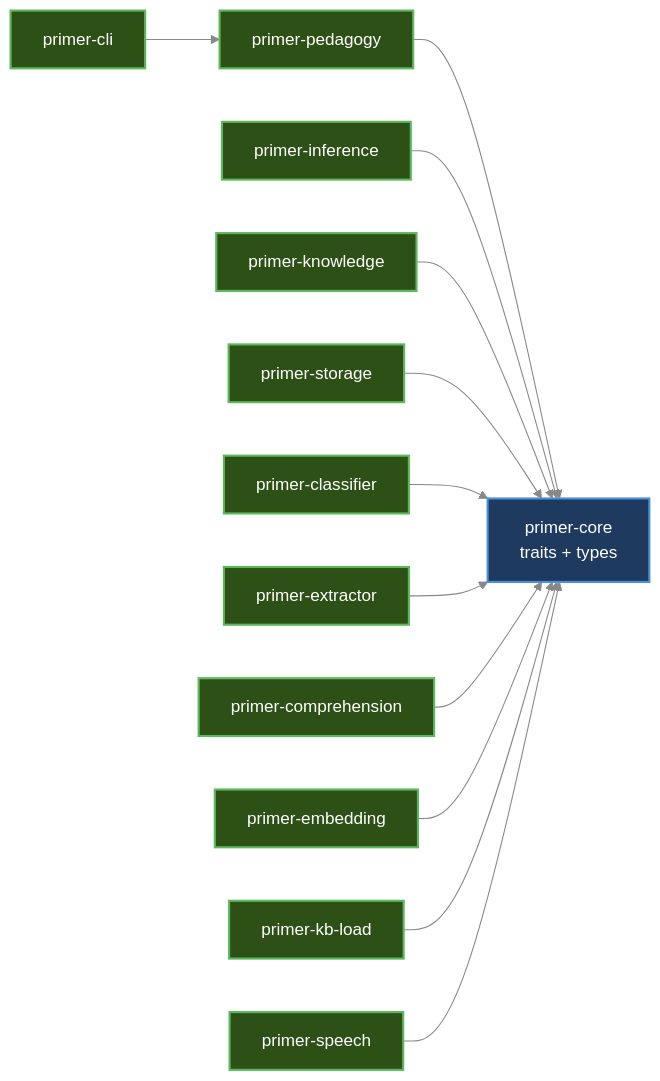
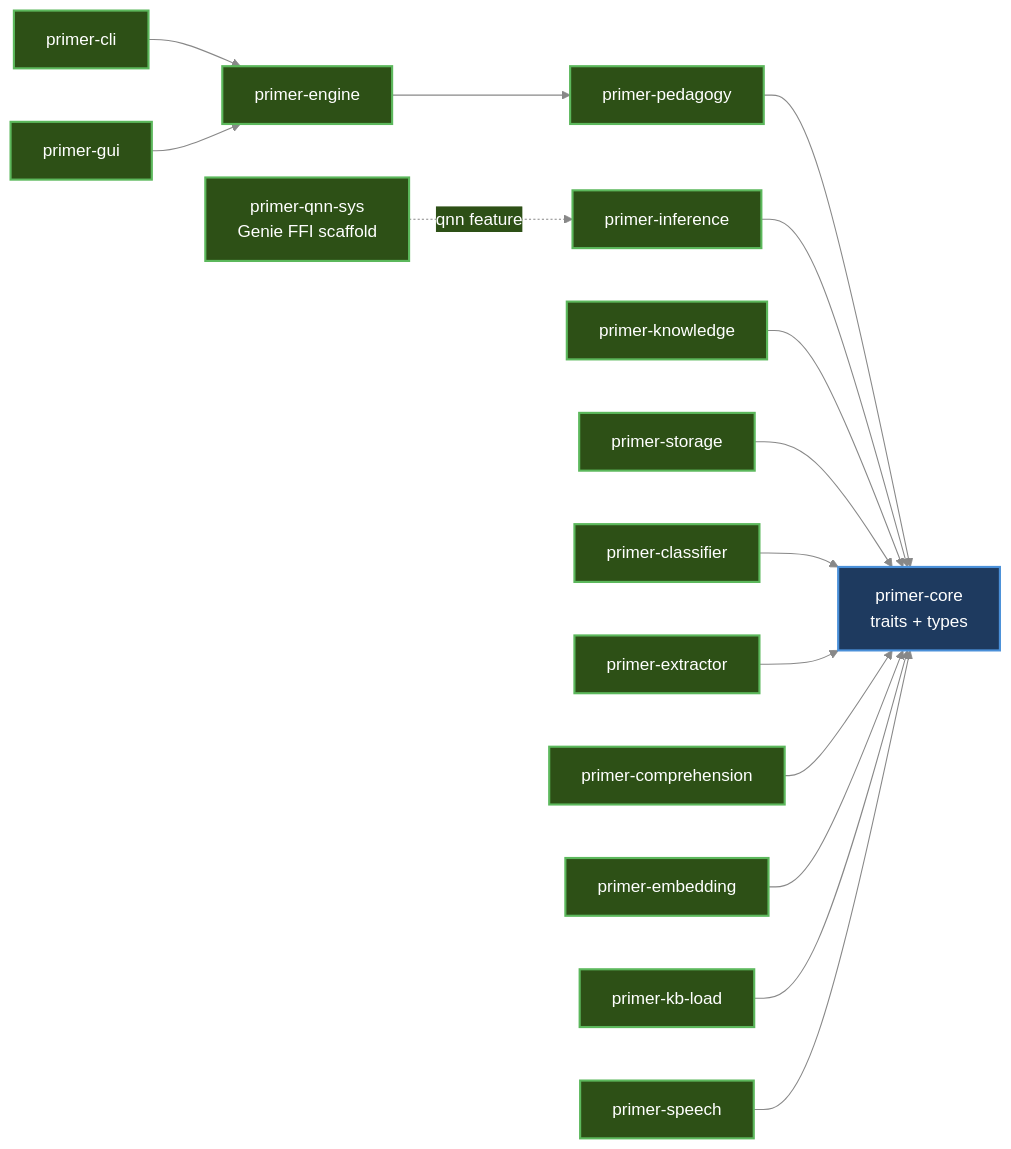
Before and after one commit to hherb/primer: the diagram in docs/devel/02-architecture-overview.md, drawn with Mermaid. The commit also changed other lines of this file and 12 other files, not shown here.

````diff
--- a/docs/devel/02-architecture-overview.md
+++ b/docs/devel/02-architecture-overview.md
@@ -19,43 +19,49 @@
 ```mermaid
 %%{init: {
   'theme': 'base',
   'themeVariables': {
     'fontSize': '16px',
     'fontFamily': 'system-ui, -apple-system, sans-serif',
     'primaryColor': '#1e3a5f',
     'primaryTextColor': '#ffffff',
     'primaryBorderColor': '#4a90d9',
     'lineColor': '#888888',
     'secondaryColor': '#2d5016',
     'tertiaryColor': '#5a3a1e'
   }
 }}%%
 graph LR
   classDef trait fill:#1e3a5f,stroke:#4a90d9,stroke-width:2px,color:#ffffff
   classDef impl  fill:#2d5016,stroke:#5cb85c,stroke-width:2px,color:#ffffff
 
   CLI[primer-cli]:::impl
+  GUI[primer-gui]:::impl
+  ENG[primer-engine]:::impl
   PED[primer-pedagogy]:::impl
   CORE[primer-core<br/>traits + types]:::trait
   INF[primer-inference]:::impl
   KB[primer-knowledge]:::impl
   STO[primer-storage]:::impl
   CLS[primer-classifier]:::impl
   EXT[primer-extractor]:::impl
   CMP[primer-comprehension]:::impl
   EMB[primer-embedding]:::impl
   KBL[primer-kb-load]:::impl
   SP[primer-speech]:::impl
+  QNNSYS[primer-qnn-sys<br/>Genie FFI scaffold]:::impl
 
-  CLI --> PED
+  CLI --> ENG
+  GUI --> ENG
+  ENG --> PED
   PED --> CORE
   INF --> CORE
   KB --> CORE
   STO --> CORE
   CLS --> CORE
   EXT --> CORE
   CMP --> CORE
   EMB --> CORE
   KBL --> CORE
   SP --> CORE
+  QNNSYS -.->|"qnn feature"| INF
 ```
````
